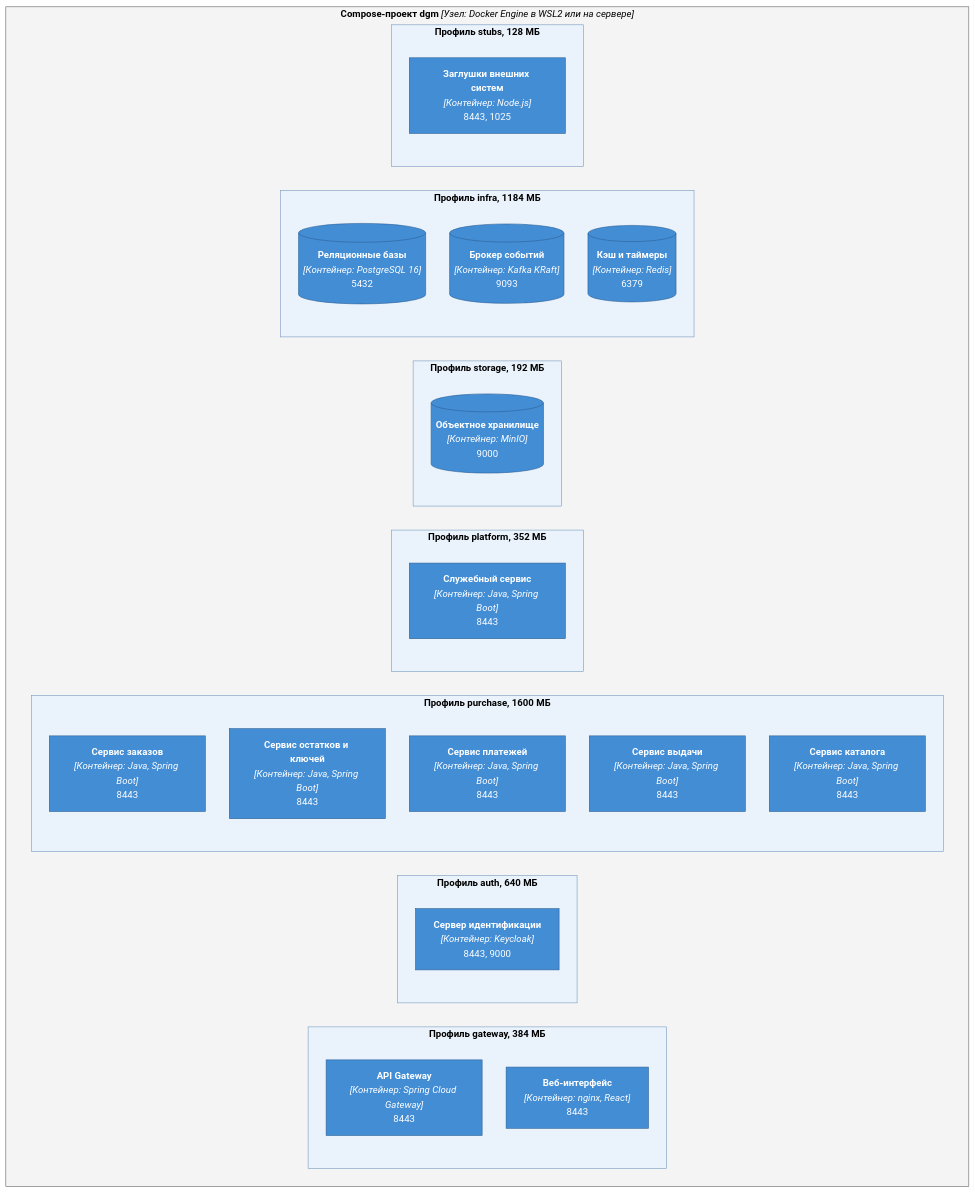
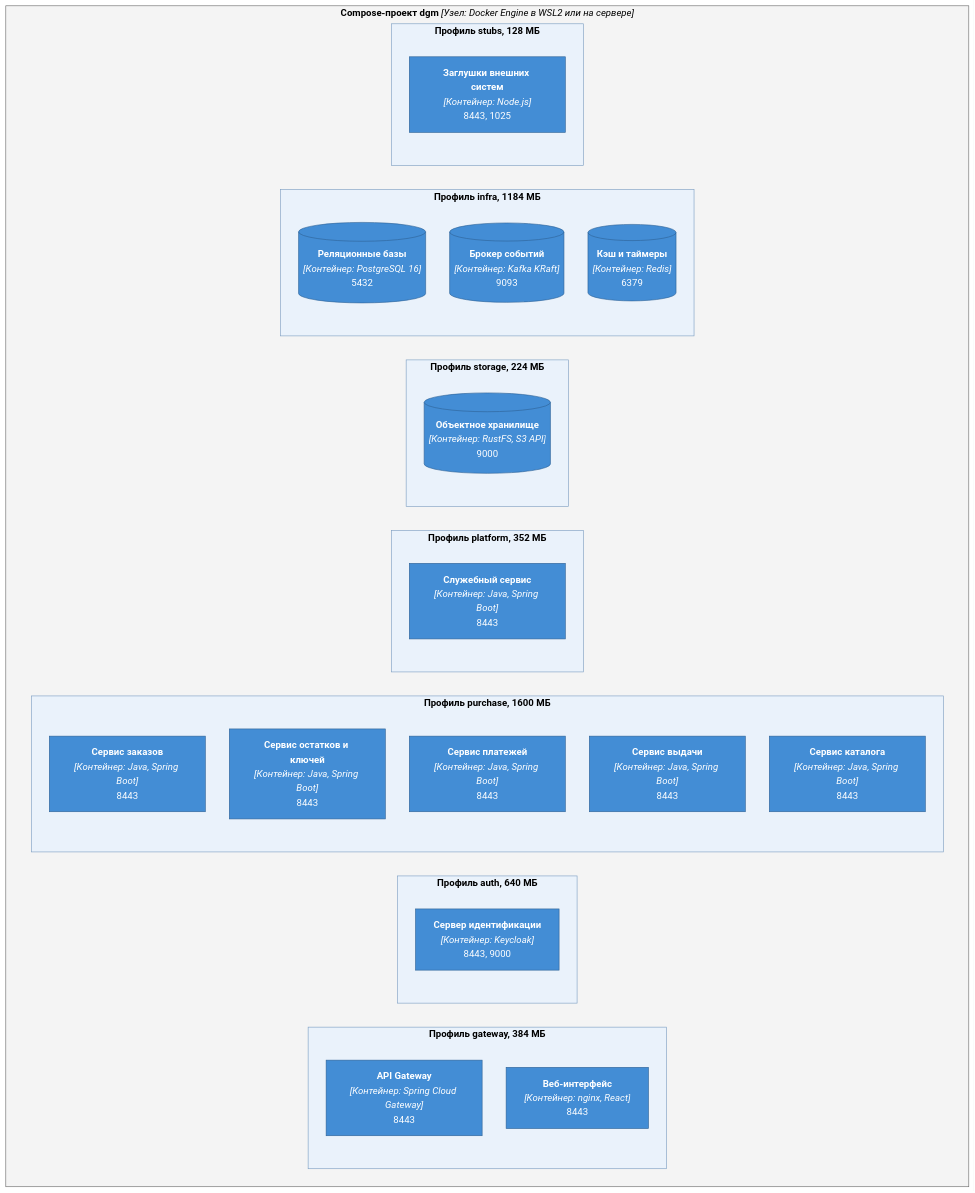
Before and after one commit to Lapin143/digital-goods-marketplace: the second of 5 diagrams in docs/05-architecture/c4-deployment.md, drawn with Mermaid. The commit also changed other lines of this file and 17 other files, not shown here.

First line of the commit message:
docs: объектное хранилище вместо архивного MinIO (ADR-024)

````diff
--- a/docs/05-architecture/c4-deployment.md
+++ b/docs/05-architecture/c4-deployment.md
@@ -78,45 +78,45 @@
 ```mermaid
 %%{init: {"theme":"base","themeVariables":{"edgeLabelBackground":"#ffffff","lineColor":"#444444"},"flowchart": {"nodeSpacing": 40, "rankSpacing": 60, "curve": "basis"}}}%%
 flowchart TB
     subgraph laptop["<b>Compose-проект dgm</b> <i>[Узел: Docker Engine в WSL2 или на сервере]</i>"]
         subgraph p-gateway["<b>Профиль gateway, 384 МБ</b>"]
             api-gateway["<b>API Gateway</b><br/><i>[Контейнер: Spring Cloud Gateway]</i><br/>8443"]
             web-app["<b>Веб-интерфейс</b><br/><i>[Контейнер: nginx, React]</i><br/>8443"]
         end
         subgraph p-auth["<b>Профиль auth, 640 МБ</b>"]
             keycloak["<b>Сервер идентификации</b><br/><i>[Контейнер: Keycloak]</i><br/>8443, 9000"]
         end
         subgraph p-purchase["<b>Профиль purchase, 1600 МБ</b>"]
             order-service["<b>Сервис заказов</b><br/><i>[Контейнер: Java, Spring Boot]</i><br/>8443"]
             inventory-service["<b>Сервис остатков и ключей</b><br/><i>[Контейнер: Java, Spring Boot]</i><br/>8443"]
             payment-service["<b>Сервис платежей</b><br/><i>[Контейнер: Java, Spring Boot]</i><br/>8443"]
             delivery-service["<b>Сервис выдачи</b><br/><i>[Контейнер: Java, Spring Boot]</i><br/>8443"]
             catalog-service["<b>Сервис каталога</b><br/><i>[Контейнер: Java, Spring Boot]</i><br/>8443"]
         end
         subgraph p-platform["<b>Профиль platform, 352 МБ</b>"]
             platform-service["<b>Служебный сервис</b><br/><i>[Контейнер: Java, Spring Boot]</i><br/>8443"]
         end
-        subgraph p-storage["<b>Профиль storage, 192 МБ</b>"]
-            object-storage[("<b>Объектное хранилище</b><br/><i>[Контейнер: MinIO]</i><br/>9000")]
+        subgraph p-storage["<b>Профиль storage, 224 МБ</b>"]
+            object-storage[("<b>Объектное хранилище</b><br/><i>[Контейнер: RustFS, S3 API]</i><br/>9000")]
         end
         subgraph p-infra["<b>Профиль infra, 1184 МБ</b>"]
             postgres[("<b>Реляционные базы</b><br/><i>[Контейнер: PostgreSQL 16]</i><br/>5432")]
             kafka[("<b>Брокер событий</b><br/><i>[Контейнер: Kafka KRaft]</i><br/>9093")]
             redis[("<b>Кэш и таймеры</b><br/><i>[Контейнер: Redis]</i><br/>6379")]
         end
         subgraph p-stubs["<b>Профиль stubs, 128 МБ</b>"]
             external-stubs["<b>Заглушки внешних систем</b><br/><i>[Контейнер: Node.js]</i><br/>8443, 1025"]
         end
     end
 
     classDef container fill:#438dd5,stroke:#2e6295,color:#ffffff
     class api-gateway,web-app,keycloak,order-service,inventory-service,payment-service,delivery-service,catalog-service,platform-service,object-storage,postgres,kafka,redis,external-stubs container
     style laptop fill:#f4f4f4,stroke:#666666,color:#000000
     style p-gateway fill:#eaf2fb,stroke:#7a9cc0,color:#000000
     style p-auth fill:#eaf2fb,stroke:#7a9cc0,color:#000000
     style p-purchase fill:#eaf2fb,stroke:#7a9cc0,color:#000000
     style p-platform fill:#eaf2fb,stroke:#7a9cc0,color:#000000
     style p-storage fill:#eaf2fb,stroke:#7a9cc0,color:#000000
     style p-infra fill:#eaf2fb,stroke:#7a9cc0,color:#000000
     style p-stubs fill:#eaf2fb,stroke:#7a9cc0,color:#000000
 ```
````
